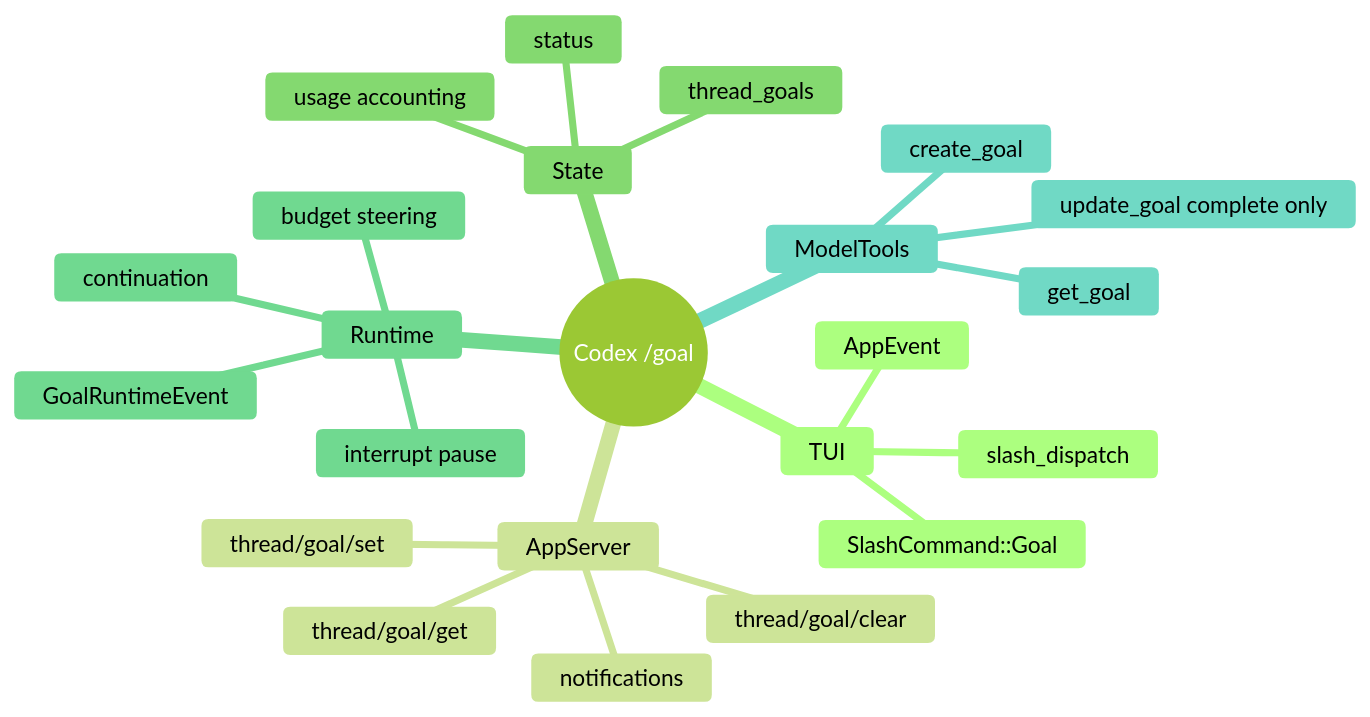
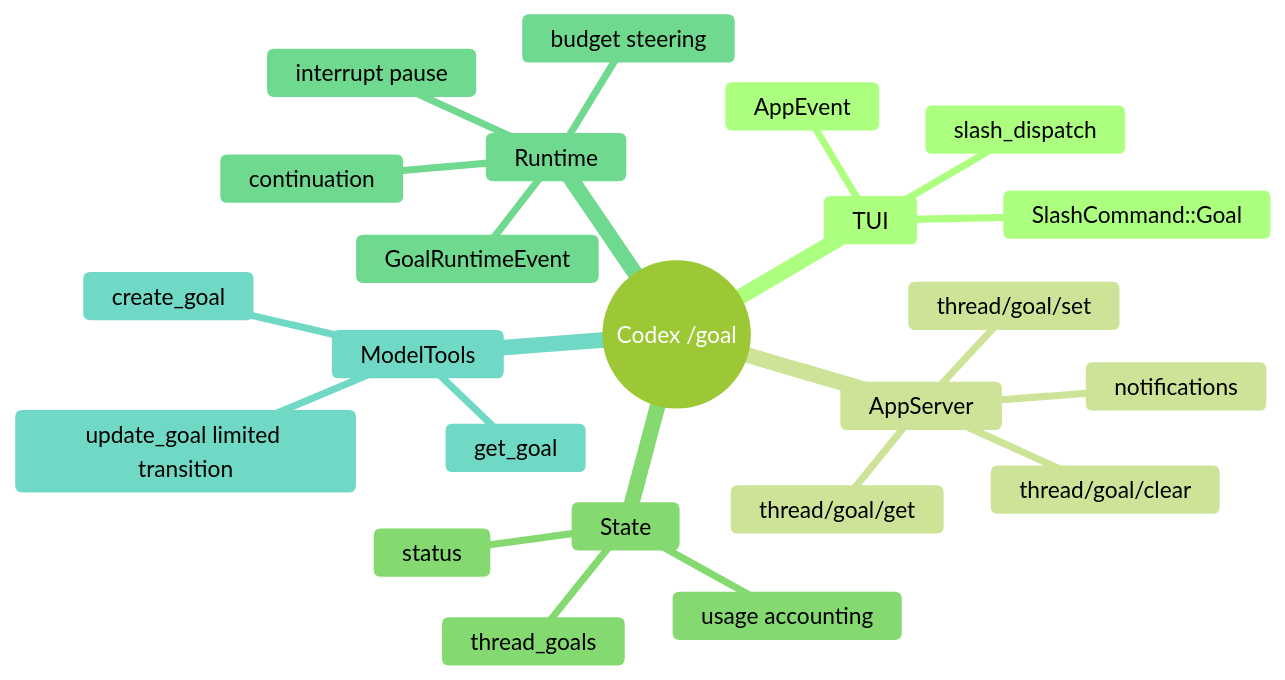
One commit to nes0903/study changed the seventh of 10 diagrams in codex-goal-pipeline/codex-goal-pipeline.md. Above: the diagram before and after it, drawn with Mermaid (forest theme). The commit also changed other lines of this file and 318 other files, not shown here.

````diff
--- a/codex-goal-pipeline/codex-goal-pipeline.md
+++ b/codex-goal-pipeline/codex-goal-pipeline.md
@@ -166,26 +177,26 @@
 ```mermaid
 mindmap
   root((Codex /goal))
     TUI
       SlashCommand::Goal
       slash_dispatch
       AppEvent
     AppServer
       thread/goal/set
       thread/goal/get
       thread/goal/clear
       notifications
     State
       thread_goals
       status
       usage accounting
     Runtime
       GoalRuntimeEvent
       continuation
       interrupt pause
       budget steering
     ModelTools
       get_goal
       create_goal
-      update_goal complete only
+      update_goal limited transition
 ```
````
